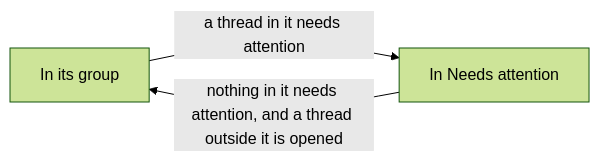
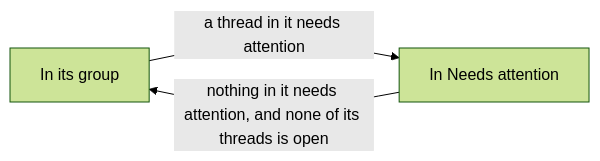
The second of 2 diagrams in docs/explanation/thread-glance-attention.md (gperezmz/bb-plugins), drawn with Mermaid (forest theme) before and after one commit. The commit also changed other lines of this file and 10 other files, not shown here.

````diff
--- a/docs/explanation/thread-glance-attention.md
+++ b/docs/explanation/thread-glance-attention.md
@@ -42,5 +42,5 @@
 ```mermaid
 flowchart LR
   group["In its group"] -->|"a thread in it needs attention"| section["In Needs attention"]
-  section -->|"nothing in it needs attention, and a thread outside it is opened"| group
+  section -->|"nothing in it needs attention, and none of its threads is open"| group
 ```
````
